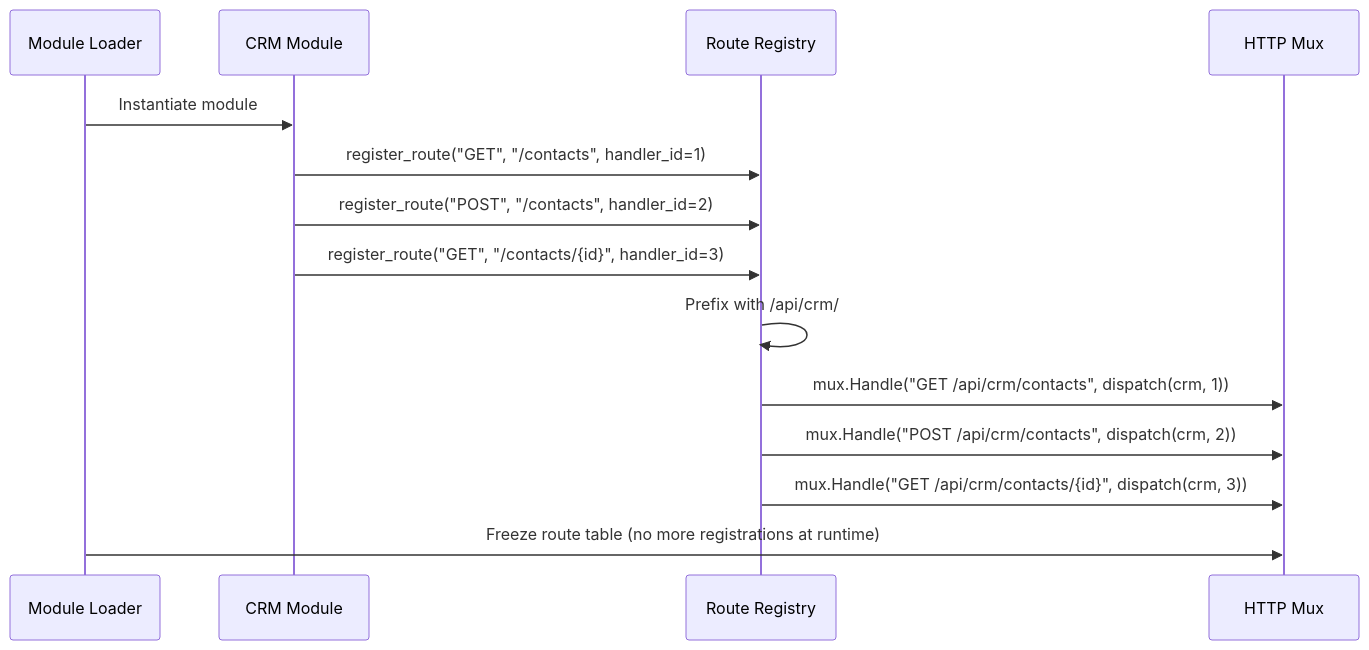
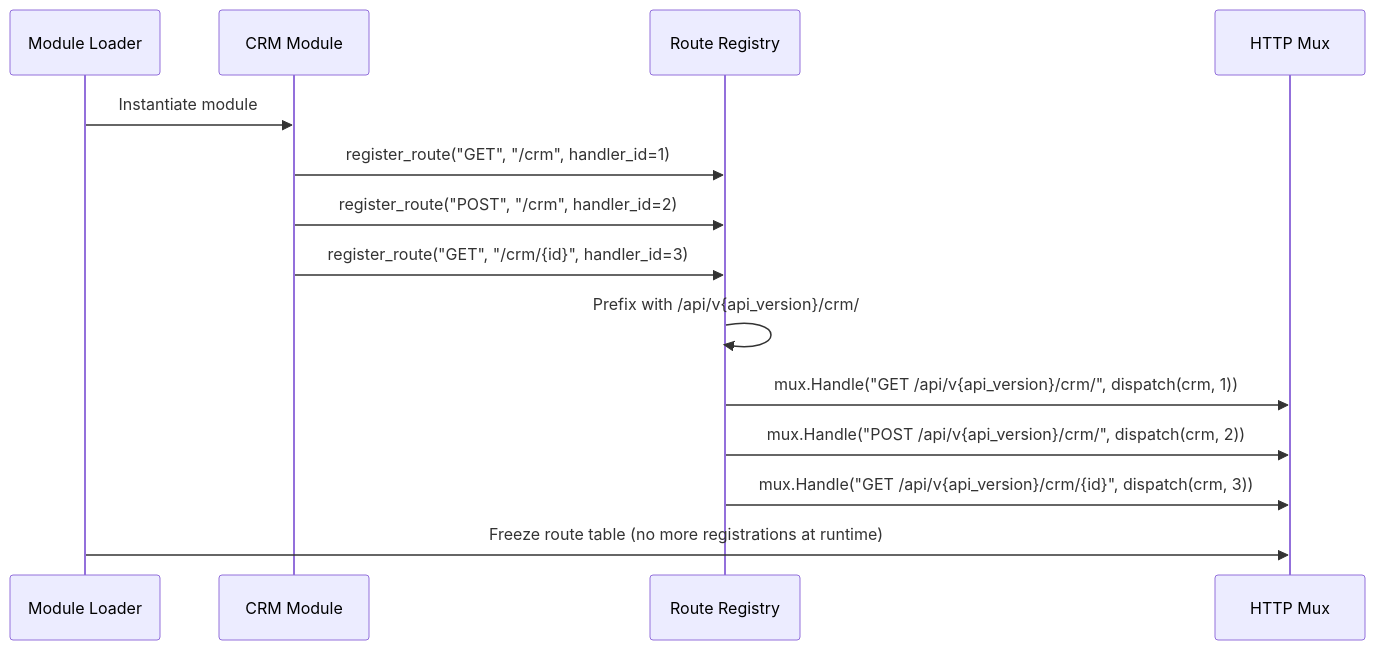
One commit to noiia/EERP-Documentation-Wiki changed the first of 2 diagrams in docs/core/router.md. Above: the diagram before and after it, drawn with Mermaid. The commit also changed other lines of this file and 38 other files, not shown here.

````diff
--- a/docs/core/router.md
+++ b/docs/core/router.md
@@ -41,17 +41,17 @@
 ```mermaid
 sequenceDiagram
     participant Loader as Module Loader
     participant WASM as CRM Module
     participant Router as Route Registry
     participant Mux as HTTP Mux
 
     Loader->>WASM: Instantiate module
-    WASM->>Router: register_route("GET", "/contacts", handler_id=1)
-    WASM->>Router: register_route("POST", "/contacts", handler_id=2)
-    WASM->>Router: register_route("GET", "/contacts/{id}", handler_id=3)
-    Router->>Router: Prefix with /api/crm/
-    Router->>Mux: mux.Handle("GET /api/crm/contacts", dispatch(crm, 1))
-    Router->>Mux: mux.Handle("POST /api/crm/contacts", dispatch(crm, 2))
-    Router->>Mux: mux.Handle("GET /api/crm/contacts/{id}", dispatch(crm, 3))
+    WASM->>Router: register_route("GET", "/crm", handler_id=1)
+    WASM->>Router: register_route("POST", "/crm", handler_id=2)
+    WASM->>Router: register_route("GET", "/crm/{id}", handler_id=3)
+    Router->>Router: Prefix with /api/v{api_version}/crm/
+    Router->>Mux: mux.Handle("GET /api/v{api_version}/crm/", dispatch(crm, 1))
+    Router->>Mux: mux.Handle("POST /api/v{api_version}/crm/", dispatch(crm, 2))
+    Router->>Mux: mux.Handle("GET /api/v{api_version}/crm/{id}", dispatch(crm, 3))
     Loader->>Mux: Freeze route table (no more registrations at runtime)
 ```
````
